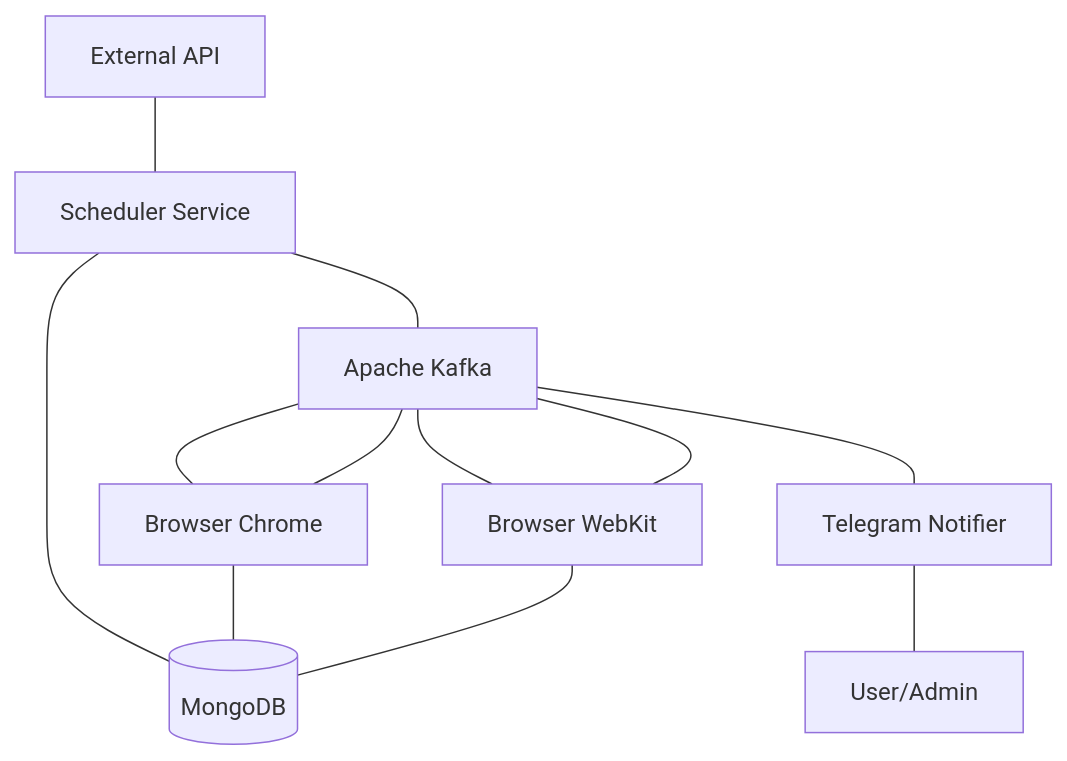
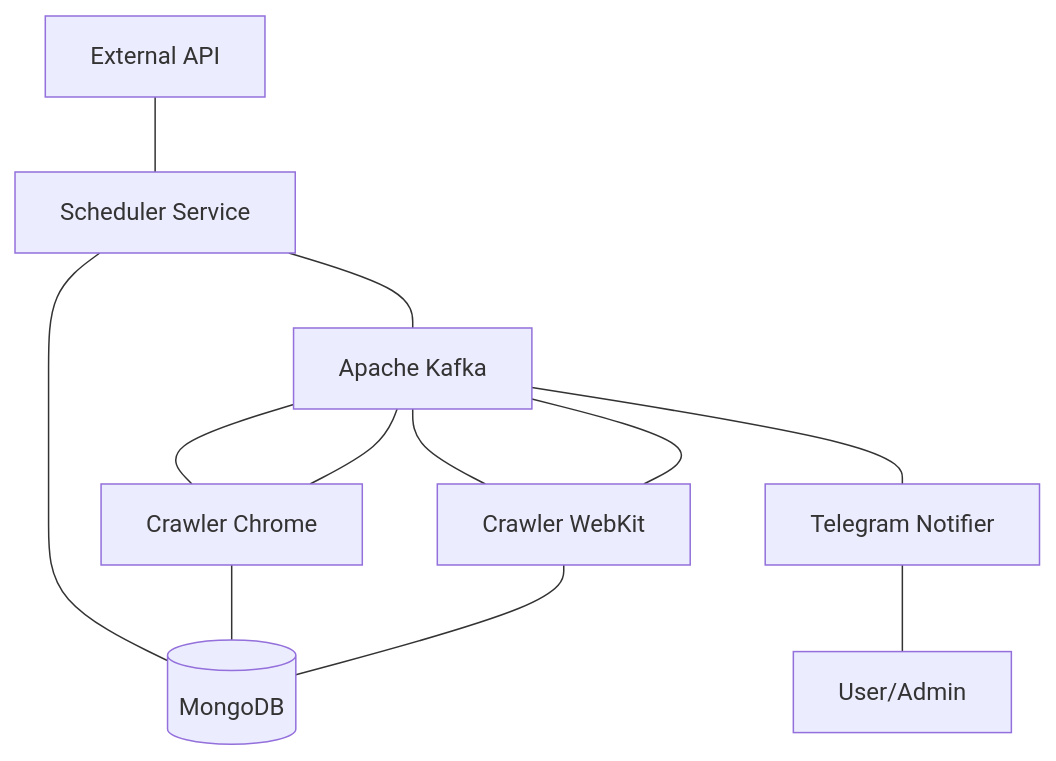
The diagram in README.md (SoraDimichi/domain-sentinel), drawn with Mermaid before and after one commit.

````diff
--- a/README.md
+++ b/README.md
@@ -25,35 +25,35 @@
 ```mermaid
 graph TB
     %% External Systems
     API[External API]:::external
     User[User/Admin]:::external
 
     %% Data Storage
     MongoDB[(MongoDB)]:::storage
 
     %% Message Broker
     Kafka[Apache Kafka]:::broker
 
     %% Scheduler Service
     Scheduler[Scheduler Service]:::scheduler
 
     %% Browser Services
-    ChromeService[Browser Chrome]:::browser
-    WebKitService[Browser WebKit]:::browser
+    ChromeService[Crawler Chrome]:::browser
+    WebKitService[Crawler WebKit]:::browser
 
     %% Notification Service
     TelegramNotifier[Telegram Notifier]:::notification
 
     %% Connections between components
     API --- Scheduler
     Scheduler --- MongoDB
     Scheduler --- Kafka
     Kafka --- ChromeService
     Kafka --- WebKitService
     ChromeService --- MongoDB
     WebKitService --- MongoDB
     ChromeService --- Kafka
     WebKitService --- Kafka
     Kafka --- TelegramNotifier
     TelegramNotifier --- User
 ```
````
